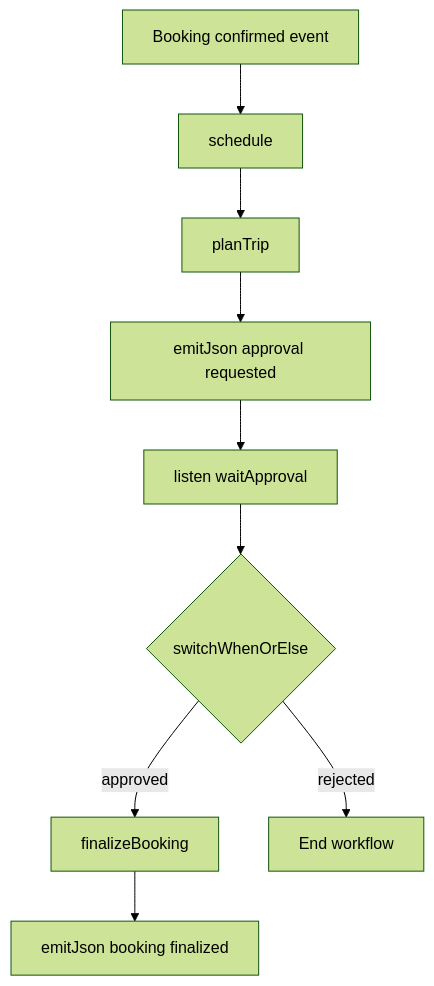
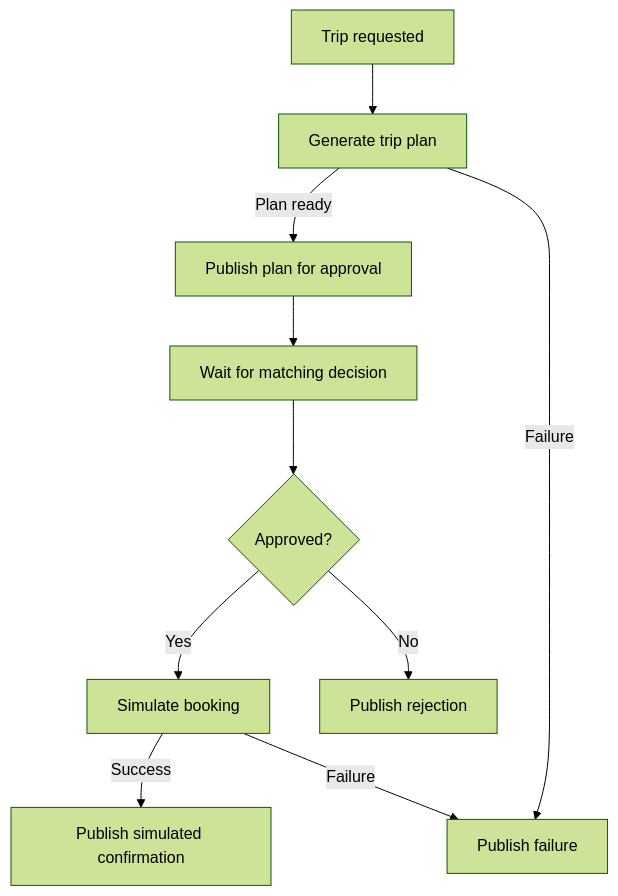
Before and after one commit to quarkusio/quarkus-workshop-langchain4j: the first of 2 diagrams in docs/docs/section-3/step-03.md, drawn with Mermaid (forest theme). The commit also changed other lines of this file and 147 other files, not shown here.

First line of the commit message:
Docs/section3 flow improvements (#420)

````diff
--- a/docs/docs/section-3/step-03.md
+++ b/docs/docs/section-3/step-03.md
@@ -21,11 +13,12 @@
 ```mermaid
 flowchart TD
-    bookingEvent[Booking confirmed event] --> scheduleTask[schedule]
-    scheduleTask --> planTripTask[planTrip]
-    planTripTask --> emitApproval[emitJson approval requested]
-    emitApproval --> waitApproval[listen waitApproval]
-    waitApproval --> decision{switchWhenOrElse}
-    decision -->|approved| finalizeBooking[finalizeBooking]
-    finalizeBooking --> emitConfirmed[emitJson booking finalized]
-    decision -->|rejected| stopWorkflow[End workflow]
+    request[Trip requested] --> planning[Generate trip plan]
+    planning -->|Plan ready| publish[Publish plan for approval]
+    planning -->|Failure| failed[Publish failure]
+    publish --> wait[Wait for matching decision]
+    wait --> decision{Approved?}
+    decision -->|Yes| booking[Simulate booking]
+    decision -->|No| rejected[Publish rejection]
+    booking -->|Success| confirmed[Publish simulated confirmation]
+    booking -->|Failure| failed
 ```
````
